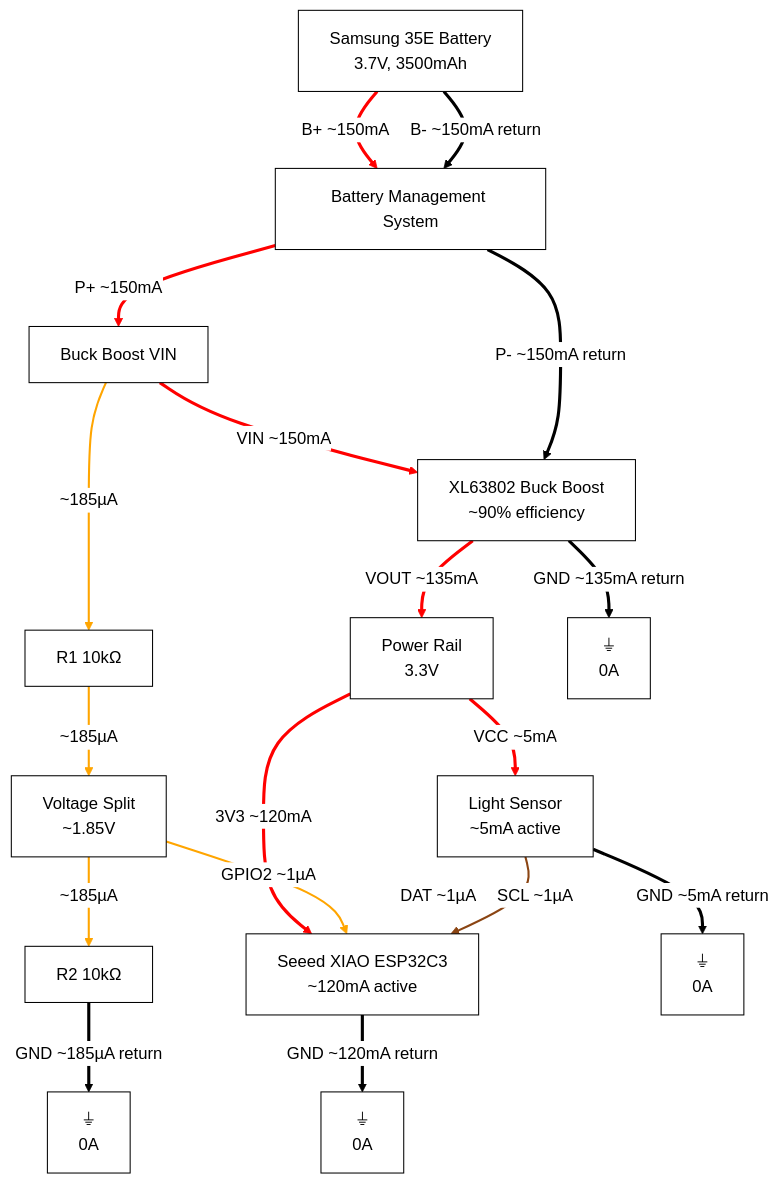
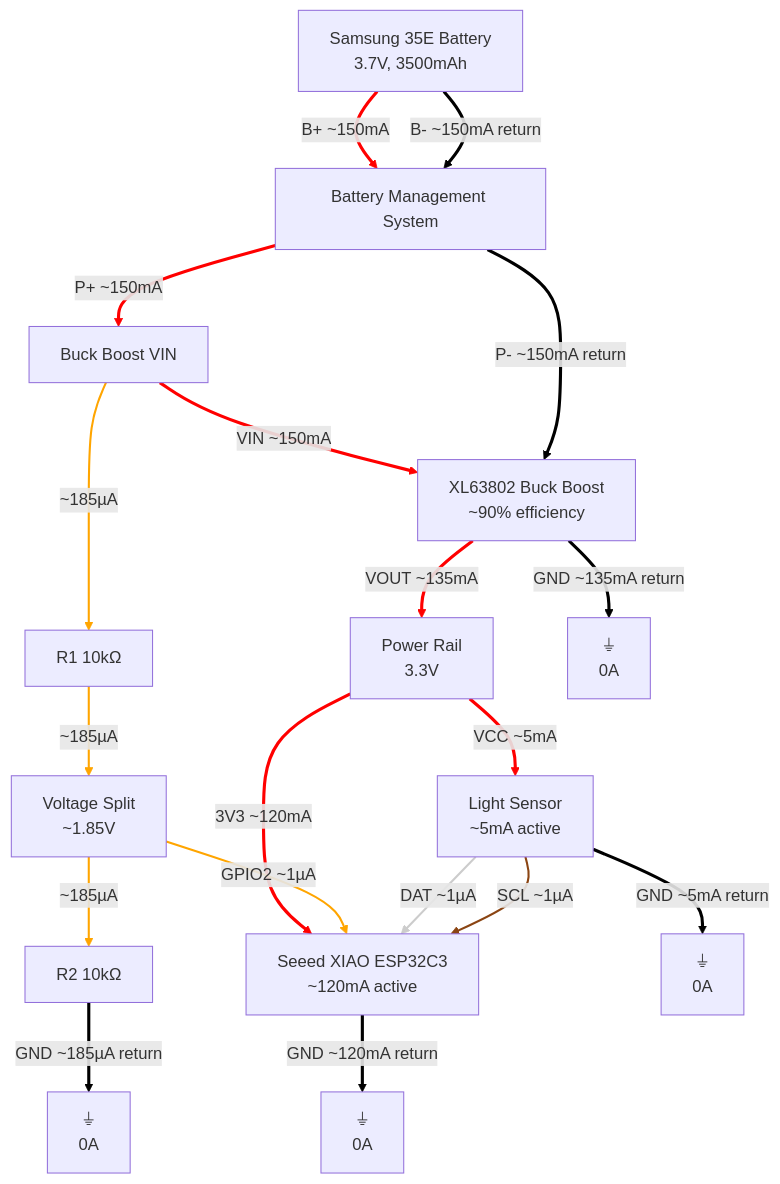
One commit to kden/kden.github.io changed the third of 3 diagrams in sunlight-sensor/SensorHardwareV3.md. Above: the diagram before and after it, drawn with Mermaid. The commit also changed other lines of this file and 1 other file, not shown here.

Commit message:
Terrible test of jekyll custom head

````diff
--- a/sunlight-sensor/SensorHardwareV3.md
+++ b/sunlight-sensor/SensorHardwareV3.md
@@ -152,70 +150,69 @@
 ```mermaid
-%%{init: {'theme':'base', 'themeVariables': {'background':'#ffffff', 'primaryColor':'#ffffff', 'primaryTextColor':'#000000', 'primaryBorderColor':'#000000', 'lineColor':'#000000', 'arrowheadColor':'#000000', 'edgeLabelBackground':'#ffffff', 'clusterBkg':'#ffffff', 'defaultLinkColor':'#000000'}}}%%
 flowchart TD
     bat[Samsung 35E Battery<br/>3.7V, 3500mAh]
     bms[Battery Management System]
     bbvin[Buck Boost VIN]
     bb[XL63802 Buck Boost<br/>~90% efficiency]
     pwr[Power Rail<br/>3.3V]
     esp32[Seeed XIAO ESP32C3<br/>~120mA active]
     ls[Light Sensor<br/>~5mA active]
     vsplit[Voltage Split<br/>~1.85V]
     r1[R1 10kΩ]
     r2[R2 10kΩ]
     gnd1[⏚<br/>0A]
     gnd2[⏚<br/>0A]
     gnd3[⏚<br/>0A]
     gnd4[⏚<br/>0A]
 
     %% Battery connections
     bat -->|B+ ~150mA| bms
     bat -->|B- ~150mA return| bms
     
     %% BMS to Buck Boost
     bms -->|P+ ~150mA| bbvin
     bbvin -->|VIN ~150mA| bb
     bms -->|P- ~150mA return| bb
     
     %% Buck Boost output
     bb -->|VOUT ~135mA| pwr
     
     %% Power distribution
     pwr -->|3V3 ~120mA| esp32
     pwr -->|VCC ~5mA| ls
     
     %% ESP32 connections
     vsplit -->|GPIO2 ~1µA| esp32
     ls -->|DAT ~1µA| esp32
     ls -->|SCL ~1µA| esp32
     
     %% Voltage divider (very low current)
     r1 -->|~185µA| vsplit
     vsplit -->|~185µA| r2
     bbvin -->|~185µA| r1
     
     %% Ground connections (return currents)
     bb -->|GND ~135mA return| gnd1
     esp32 -->|GND ~120mA return| gnd2
     ls -->|GND ~5mA return| gnd3
     r2 -->|GND ~185µA return| gnd4
 
     %% Styling for different connection types
     linkStyle 0 stroke:#ff0000,stroke-width:3px
     linkStyle 1 stroke:#000000,stroke-width:3px
     linkStyle 2 stroke:#ff0000,stroke-width:3px
     linkStyle 3 stroke:#ff0000,stroke-width:3px
     linkStyle 4 stroke:#000000,stroke-width:3px
     linkStyle 5 stroke:#ff0000,stroke-width:3px
     linkStyle 6 stroke:#ff0000,stroke-width:3px
     linkStyle 7 stroke:#ff0000,stroke-width:3px
     linkStyle 8 stroke:#ffa500,stroke-width:2px
-    linkStyle 9 stroke:#ffffff,stroke-width:2px
+    linkStyle 9 stroke:#cccccc,stroke-width:2px
     linkStyle 10 stroke:#8b4513,stroke-width:2px
     linkStyle 11 stroke:#ffa500,stroke-width:2px
     linkStyle 12 stroke:#ffa500,stroke-width:2px
     linkStyle 13 stroke:#ffa500,stroke-width:2px
     linkStyle 14 stroke:#000000,stroke-width:3px
     linkStyle 15 stroke:#000000,stroke-width:3px
     linkStyle 16 stroke:#000000,stroke-width:3px
     linkStyle 17 stroke:#000000,stroke-width:3px
 ```
````
